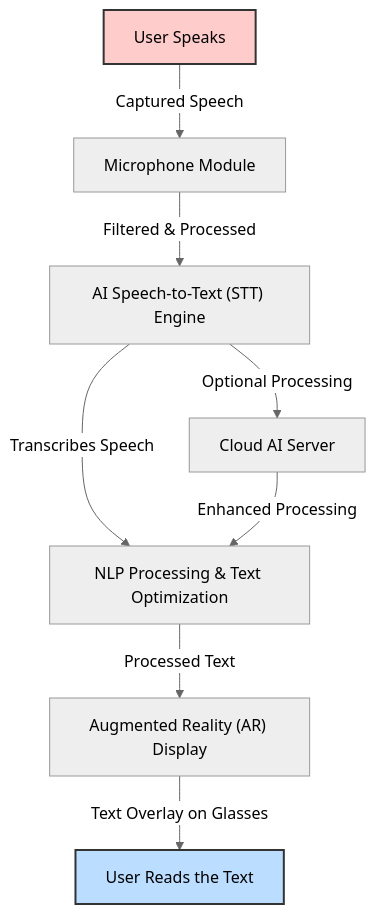
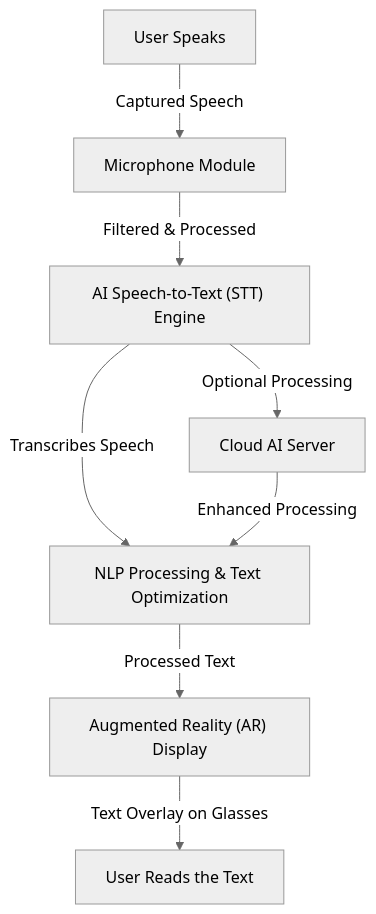
The diagram in diagrams.md (chukyobi/co-lab), drawn with Mermaid (neutral theme) before and after one commit.

````diff
--- a/diagrams.md
+++ b/diagrams.md
@@ -1,15 +1,14 @@
 ```mermaid
 graph TD;
     A["User Speaks"] -->|Captured Speech| B["Microphone Module"];
     B -->|Filtered & Processed| C["AI Speech-to-Text (STT) Engine"];
     C -->|Transcribes Speech| D["NLP Processing & Text Optimization"];
     D -->|Processed Text| E["Augmented Reality (AR) Display"];
     E -->|Text Overlay on Glasses| F["User Reads the Text"];
     C -->|Optional Processing| G["Cloud AI Server"];
     G -->|Enhanced Processing| D;
 
-    style A fill:#ffcccc,stroke:#333,stroke-width:2px;
-    style F fill:#bbddff,stroke:#333,stroke-width:2px;
+    
 
 
 ```
````
